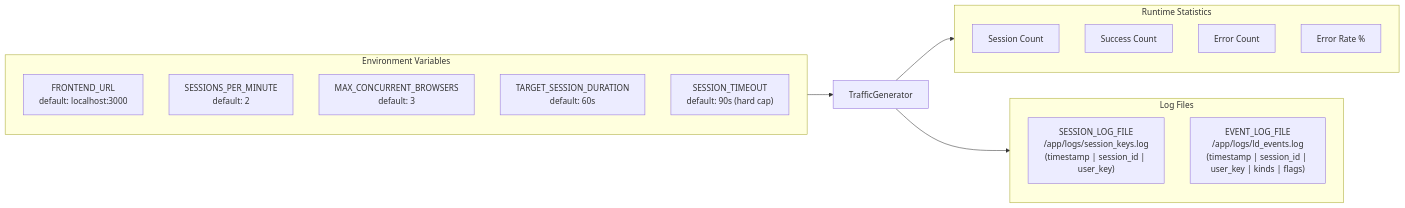
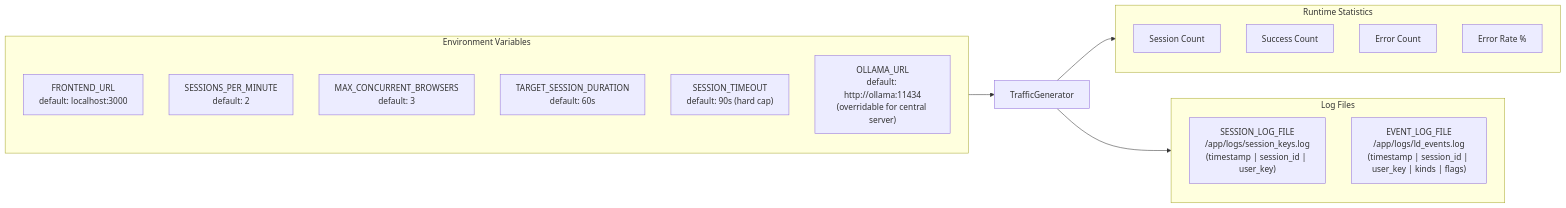
Before and after one commit to ttotenberg-ld/launchdarkly-fullstack-o11y-populator: the sixth of 11 diagrams in agents/simulator-diagram.md, drawn with Mermaid. The commit also changed other lines of this file and 11 other files, not shown here.

````diff
--- a/agents/simulator-diagram.md
+++ b/agents/simulator-diagram.md
@@ -284,26 +312,27 @@
 ```mermaid
 flowchart LR
     subgraph Config["Environment Variables"]
         C1["FRONTEND_URL<br/>default: localhost:3000"]
         C2["SESSIONS_PER_MINUTE<br/>default: 2"]
         C3["MAX_CONCURRENT_BROWSERS<br/>default: 3"]
         C4["TARGET_SESSION_DURATION<br/>default: 60s"]
         C5["SESSION_TIMEOUT<br/>default: 90s (hard cap)"]
+        C6["OLLAMA_URL<br/>default: http://ollama:11434<br/>(overridable for central server)"]
     end
 
     subgraph Logs["Log Files"]
         L1["SESSION_LOG_FILE<br/>/app/logs/session_keys.log<br/>(timestamp | session_id | user_key)"]
         L2["EVENT_LOG_FILE<br/>/app/logs/ld_events.log<br/>(timestamp | session_id | user_key | kinds | flags)"]
     end
 
     subgraph Stats["Runtime Statistics"]
         S1[Session Count]
         S2[Success Count]
         S3[Error Count]
         S4[Error Rate %]
     end
 
     Config --> Generator[TrafficGenerator]
     Generator --> Stats
     Generator --> Logs
 ```
````
